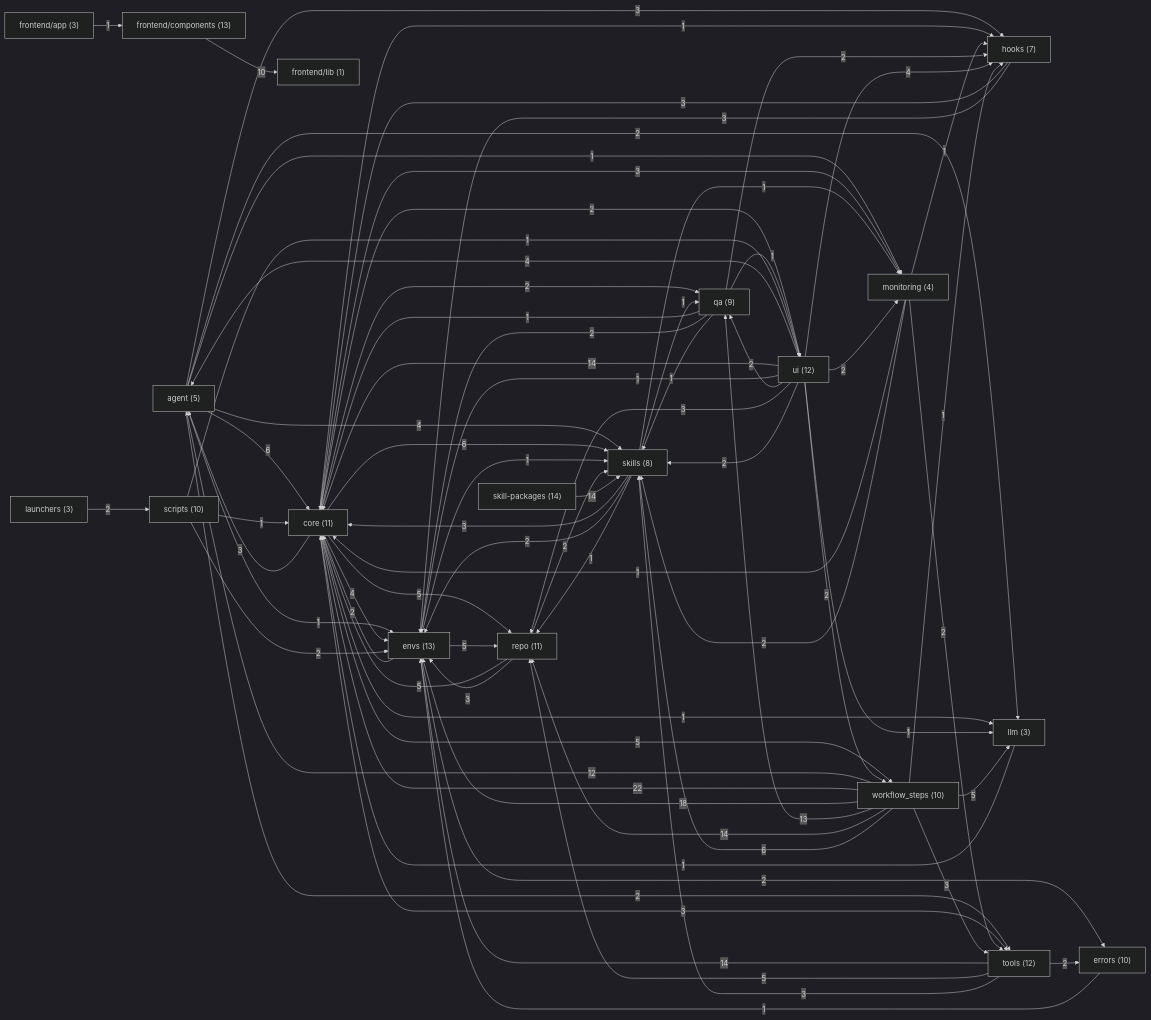
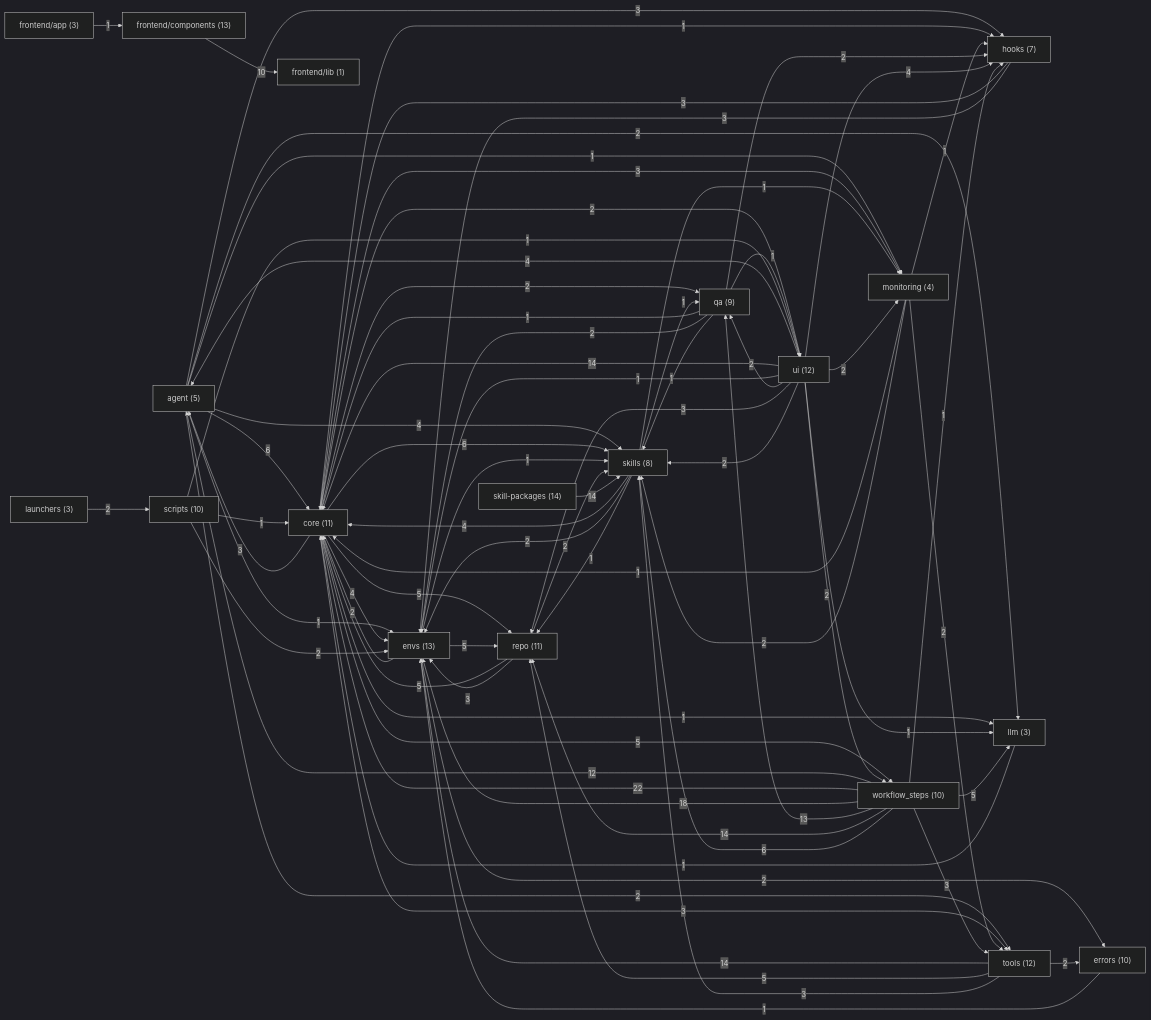
Before and after one commit to sarveshtalele/maf-harness-testing: the second of 21 diagrams in docs/ARCHITECTURE_MAP.md, drawn with Mermaid (dark theme). The commit also changed other lines of this file and 3 other files, not shown here.

```diff
--- a/docs/ARCHITECTURE_MAP.md
+++ b/docs/ARCHITECTURE_MAP.md
@@ -123,7 +123,7 @@
   g13 -->|2| g2
   g13 -->|1| g17
   g14 -->|14| g15
-  g15 -->|3| g1
+  g15 -->|4| g1
   g15 -->|2| g2
   g15 -->|1| g10
   g15 -->|1| g11
```
